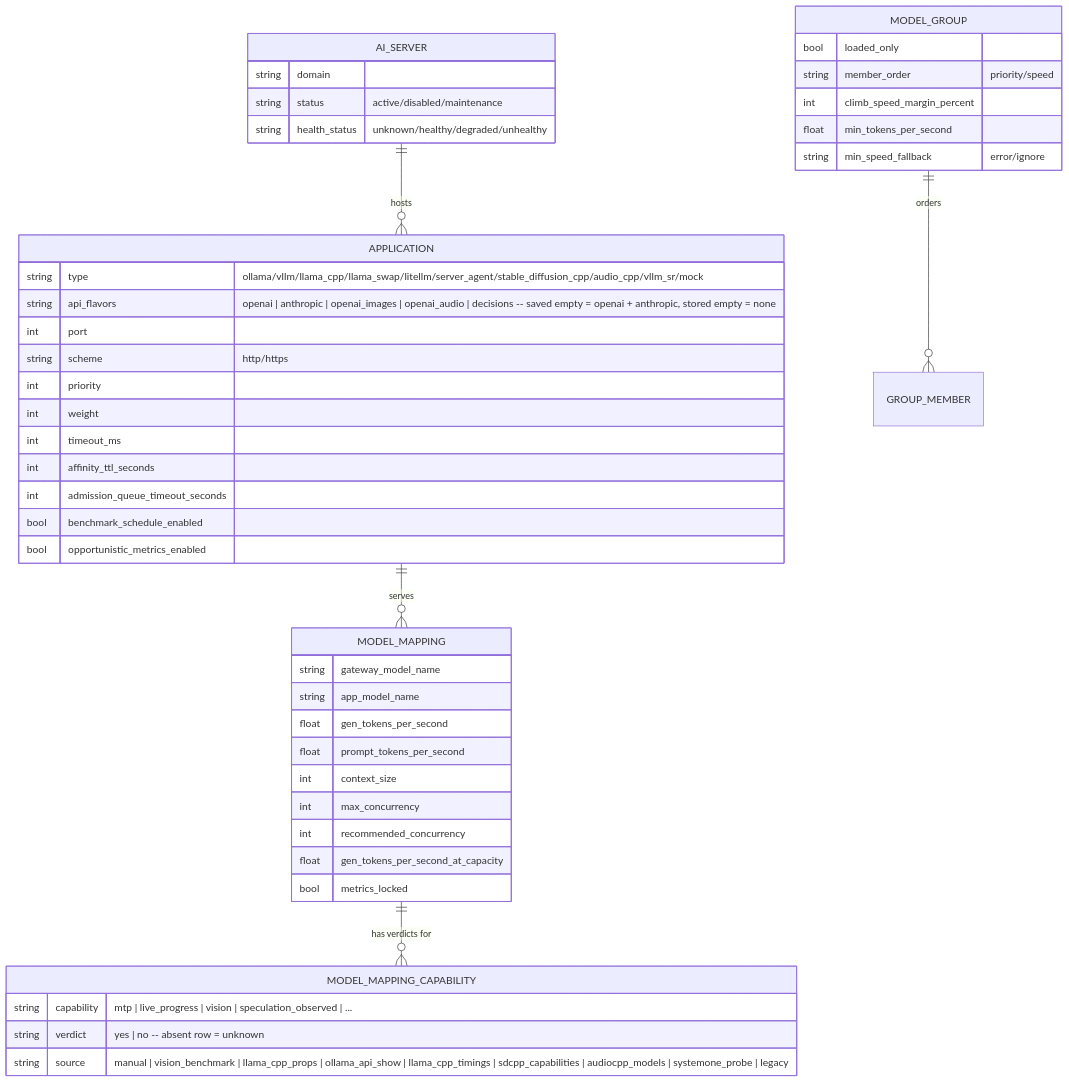
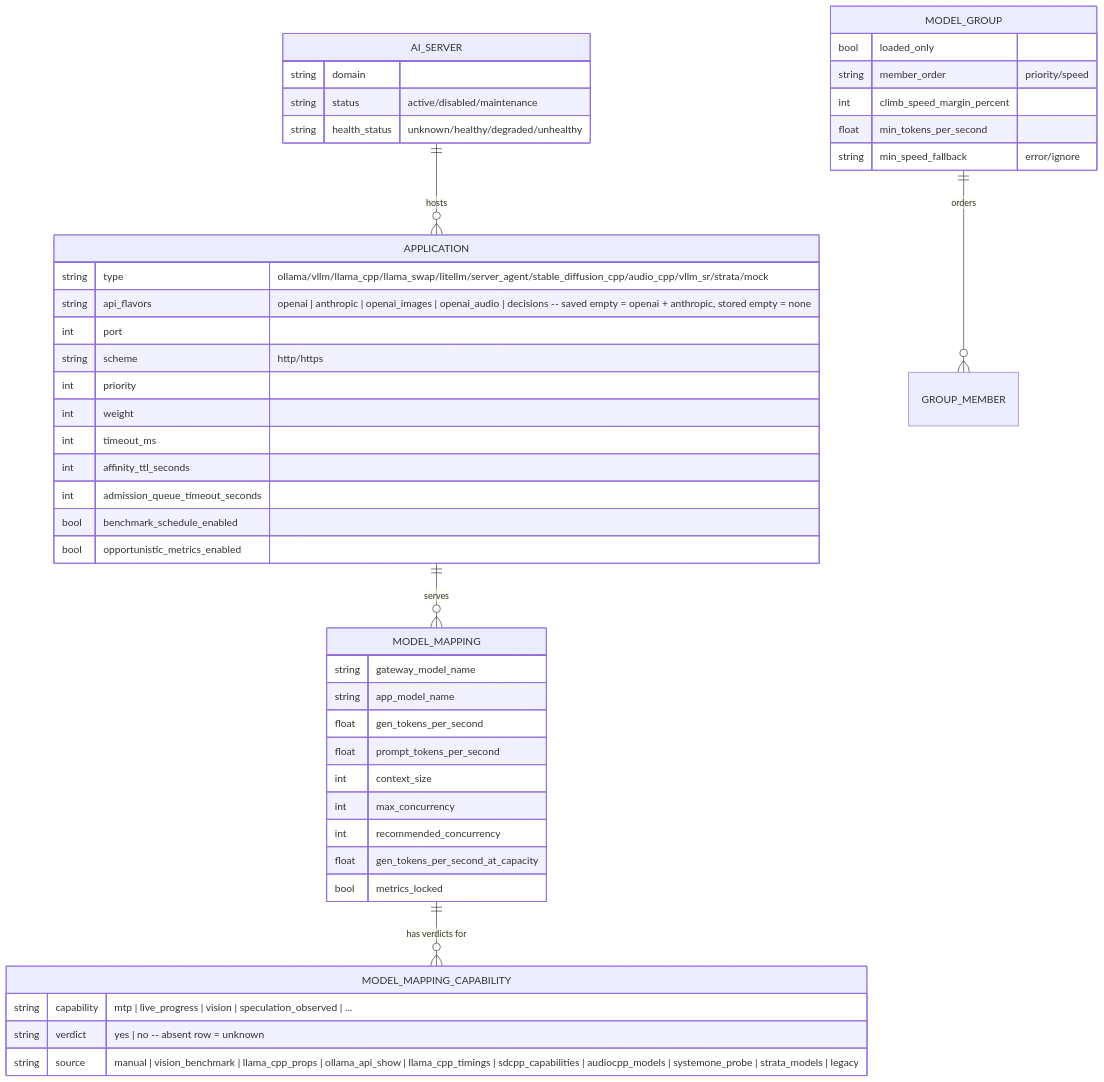
One commit to JLor08/op-ai-gateway changed the first of 5 diagrams in docs/architecture/cross-cutting/routing-and-model-selection.md. Above: the diagram before and after it, drawn with Mermaid. The commit also changed other lines of this file and 108 other files, not shown here.

First line of the commit message:
feat: Strata as application and runtime spec type, with a Windows process-tree mode (#424) (#425)

````diff
--- a/docs/architecture/cross-cutting/routing-and-model-selection.md
+++ b/docs/architecture/cross-cutting/routing-and-model-selection.md
@@ -14,49 +14,49 @@
 ```mermaid
 erDiagram
     AI_SERVER ||--o{ APPLICATION : hosts
     APPLICATION ||--o{ MODEL_MAPPING : serves
     MODEL_MAPPING ||--o{ MODEL_MAPPING_CAPABILITY : "has verdicts for"
     MODEL_GROUP ||--o{ GROUP_MEMBER : orders
 
     AI_SERVER {
         string domain
         string status "active/disabled/maintenance"
         string health_status "unknown/healthy/degraded/unhealthy"
     }
     APPLICATION {
-        string type "ollama/vllm/llama_cpp/llama_swap/litellm/server_agent/stable_diffusion_cpp/audio_cpp/vllm_sr/mock"
+        string type "ollama/vllm/llama_cpp/llama_swap/litellm/server_agent/stable_diffusion_cpp/audio_cpp/vllm_sr/strata/mock"
         string api_flavors "openai | anthropic | openai_images | openai_audio | decisions -- saved empty = openai + anthropic, stored empty = none"
         int port
         string scheme "http/https"
         int priority
         int weight
         int timeout_ms
         int affinity_ttl_seconds
         int admission_queue_timeout_seconds
         bool benchmark_schedule_enabled
         bool opportunistic_metrics_enabled
     }
     MODEL_MAPPING {
         string gateway_model_name
         string app_model_name
         float gen_tokens_per_second
         float prompt_tokens_per_second
         int context_size
         int max_concurrency
         int recommended_concurrency
         float gen_tokens_per_second_at_capacity
         bool metrics_locked
     }
     MODEL_MAPPING_CAPABILITY {
         string capability "mtp | live_progress | vision | speculation_observed | ..."
         string verdict "yes | no -- absent row = unknown"
-        string source "manual | vision_benchmark | llama_cpp_props | ollama_api_show | llama_cpp_timings | sdcpp_capabilities | audiocpp_models | systemone_probe | legacy"
+        string source "manual | vision_benchmark | llama_cpp_props | ollama_api_show | llama_cpp_timings | sdcpp_capabilities | audiocpp_models | systemone_probe | strata_models | legacy"
     }
     MODEL_GROUP {
         bool loaded_only
         string member_order "priority/speed"
         int climb_speed_margin_percent
         float min_tokens_per_second
         string min_speed_fallback "error/ignore"
     }
 ```
````
